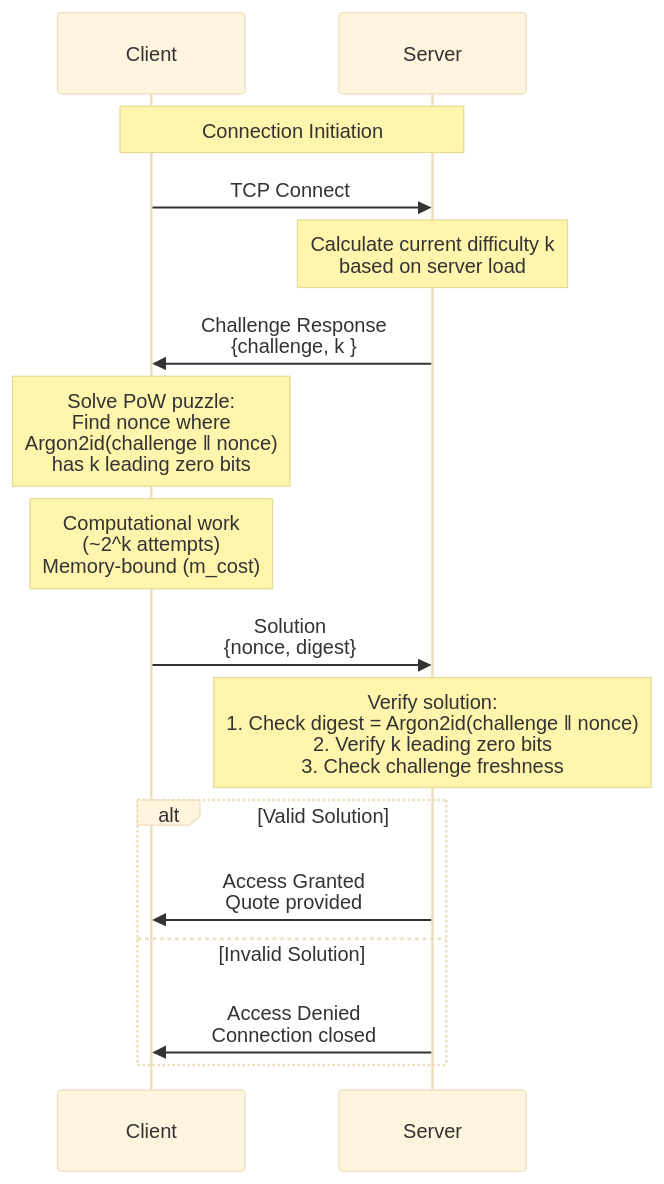
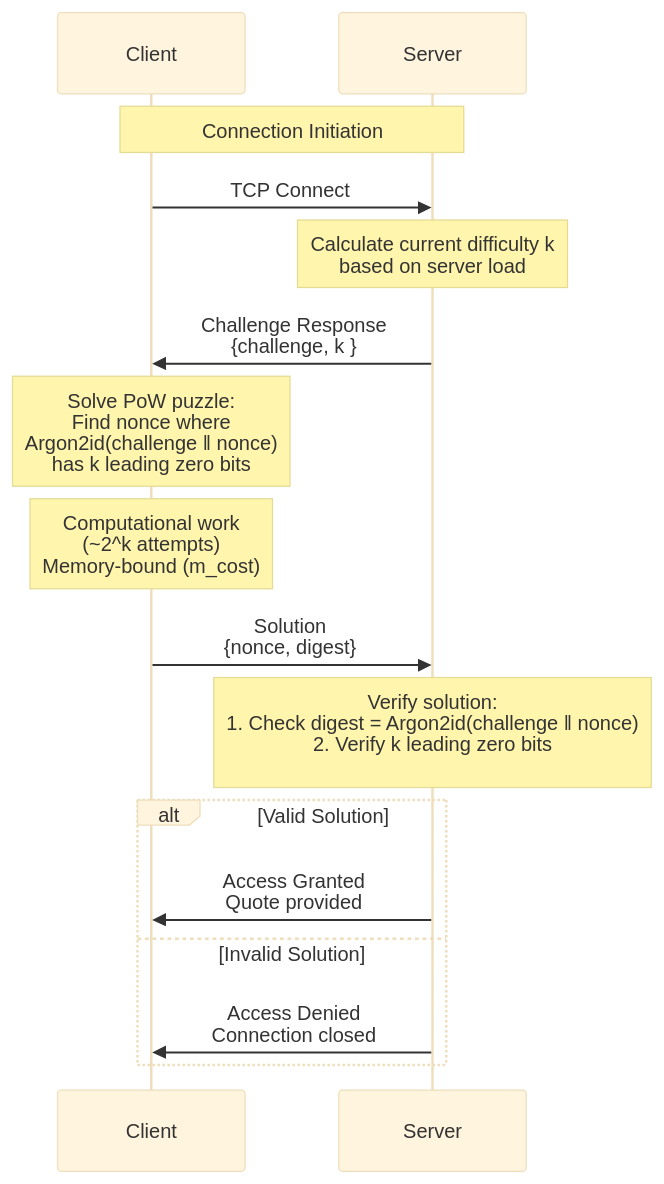
The diagram in docs/RFC.md (svalasovich/pow-tcp-server), drawn with Mermaid (base theme) before and after one commit. The commit also changed 1 other file, not shown here.

Commit message:
feat: update RFC and docker-compose

````diff
--- a/docs/RFC.md
+++ b/docs/RFC.md
@@ -11,26 +11,26 @@
 ```mermaid
 sequenceDiagram
     participant Client
     participant Server
 
     Note over Client,Server: Connection Initiation
     Client->>Server: TCP Connect
 
     Note over Server: Calculate current difficulty k<br/>based on server load
 
     Server->>Client: Challenge Response<br/>{challenge, k }
 
     Note over Client: Solve PoW puzzle:<br/>Find nonce where<br/>Argon2id(challenge ‖ nonce)<br/>has k leading zero bits
 
     Note over Client: Computational work<br/>(~2^k attempts)<br/>Memory-bound (m_cost)
 
     Client->>Server: Solution<br/>{nonce, digest}
 
-    Note over Server: Verify solution:<br/>1. Check digest = Argon2id(challenge ‖ nonce)<br/>2. Verify k leading zero bits<br/>3. Check challenge freshness
+    Note over Server: Verify solution:<br/>1. Check digest = Argon2id(challenge ‖ nonce)<br/>2. Verify k leading zero bits<br/>
 
     alt Valid Solution
         Server->>Client: Access Granted<br/>Quote provided
     else Invalid Solution
         Server->>Client: Access Denied<br/>Connection closed
     end
 ```
````
